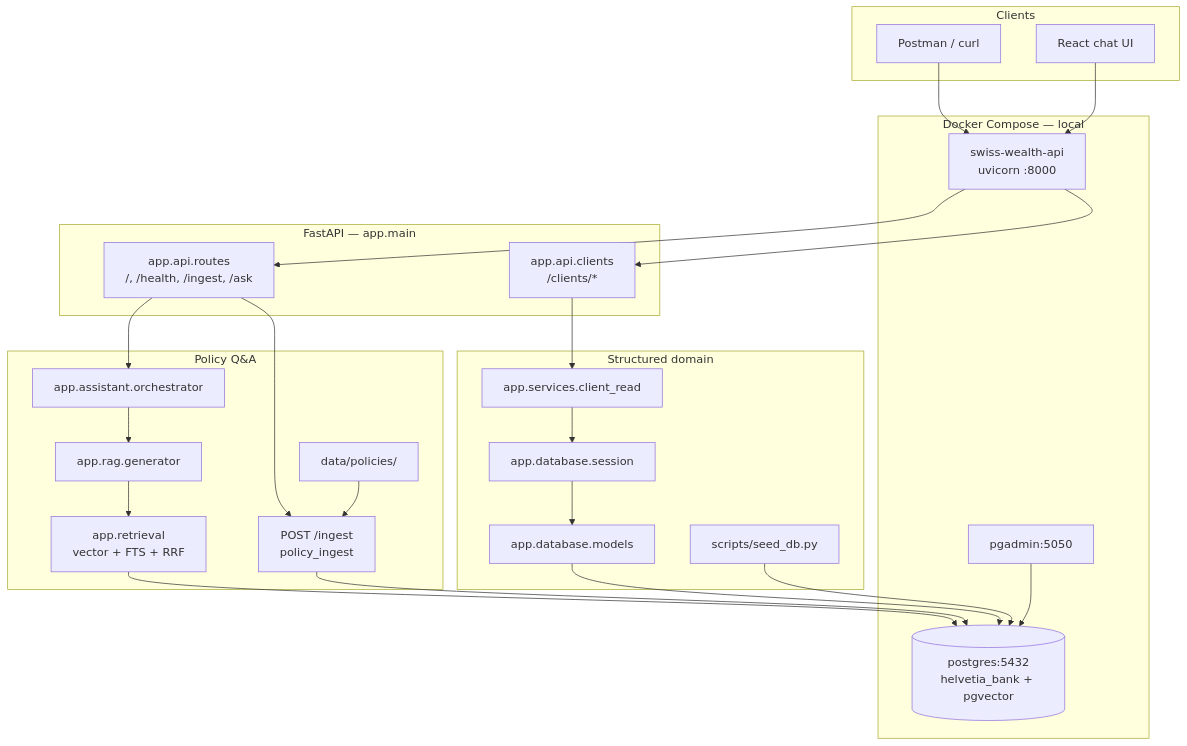
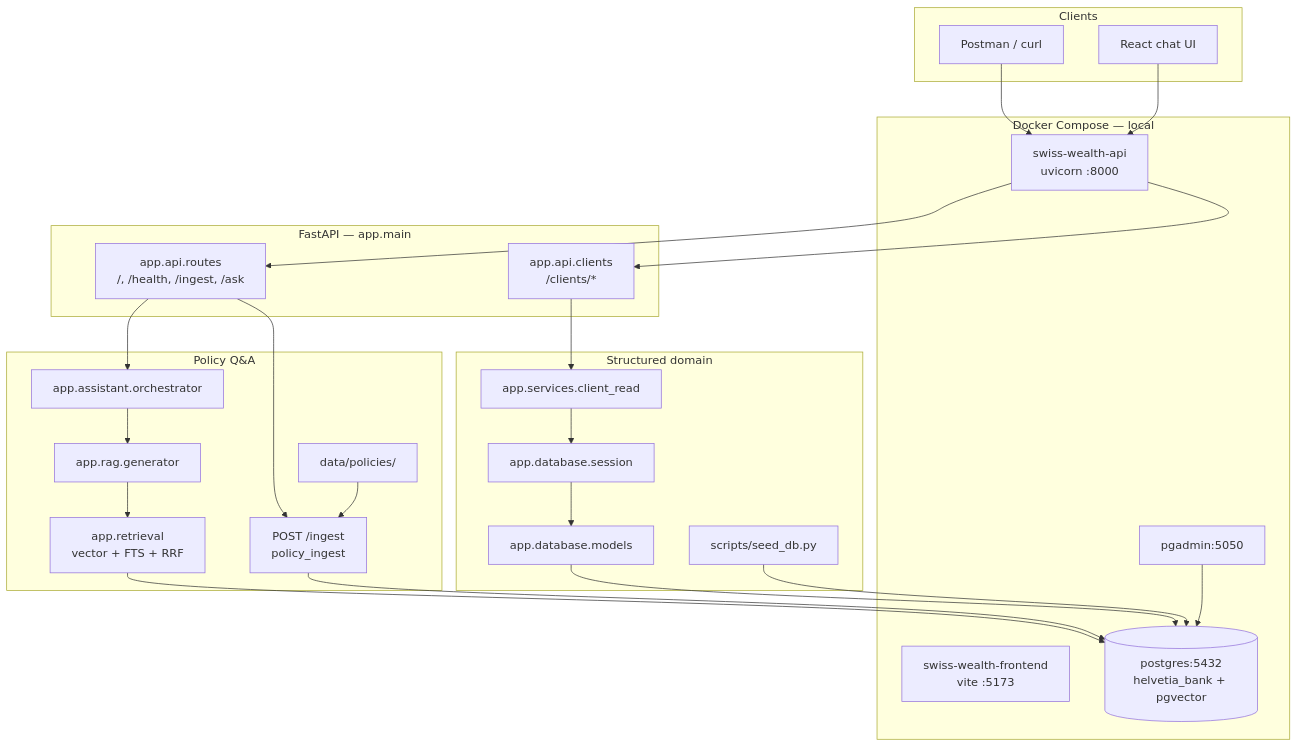
Before and after one commit to Mortiniera/swiss-wealth-rag-assistant: the diagram in docs/architecture/system.md, drawn with Mermaid. The commit also changed other lines of this file and 14 other files, not shown here.

````diff
--- a/docs/architecture/system.md
+++ b/docs/architecture/system.md
@@ -14,54 +14,55 @@
 ```mermaid
 flowchart TB
   subgraph clients [Clients]
     Postman[Postman / curl]
     UI[React chat UI]
   end
 
   subgraph compose [Docker Compose — local]
     API[swiss-wealth-api<br/>uvicorn :8000]
+    FE[swiss-wealth-frontend<br/>vite :5173]
     PG[(postgres:5432<br/>helvetia_bank + pgvector)]
     PgAdmin[pgadmin:5050]
   end
 
   subgraph api_app [FastAPI — app.main]
     CoreRouter[app.api.routes<br/>/, /health, /ingest, /ask]
     ClientsRouter[app.api.clients<br/>/clients/*]
   end
 
   subgraph ask_path [Policy Q&A]
     Orchestrator[app.assistant.orchestrator]
     Generator[app.rag.generator]
     Hybrid[app.retrieval<br/>vector + FTS + RRF]
     Policies[data/policies/]
     PolicyIngest[POST /ingest<br/>policy_ingest]
   end
 
   subgraph domain [Structured domain]
     ClientRead[app.services.client_read]
     Session[app.database.session]
     Models[app.database.models]
     Seed[scripts/seed_db.py]
   end
 
   Postman --> API
   UI --> API
   API --> CoreRouter
   API --> ClientsRouter
 
   CoreRouter --> Orchestrator
   Orchestrator --> Generator
   Generator --> Hybrid
   Hybrid --> PG
   CoreRouter --> PolicyIngest
   Policies --> PolicyIngest
   PolicyIngest --> PG
 
   ClientsRouter --> ClientRead
   ClientRead --> Session
   Session --> Models
   Models --> PG
 
   Seed --> PG
   PgAdmin --> PG
 ```
````
